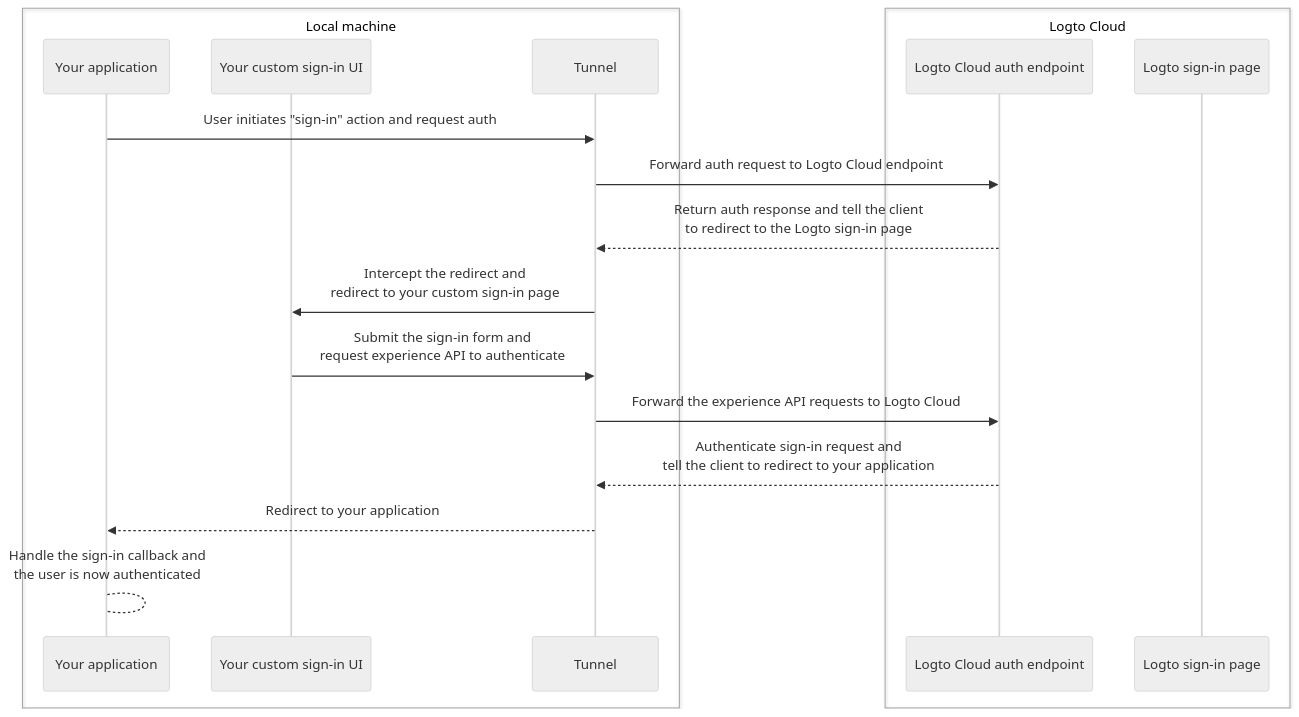
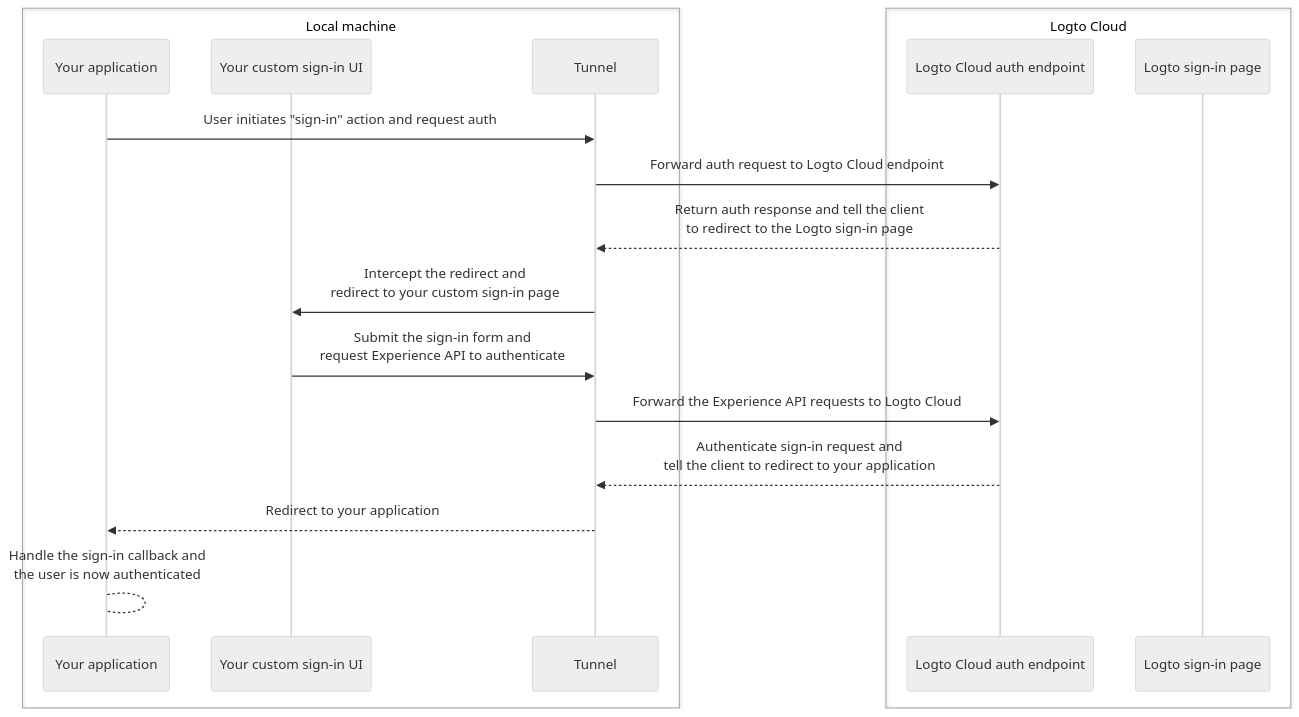
One commit to logto-io/docs changed the second of 2 diagrams in docs/customization/bring-your-ui/debug-and-test-your-custom-ui-locally.mdx. Above: the diagram before and after it, drawn with Mermaid (neutral theme). The commit also changed other lines of this file and 51 other files, not shown here.

````diff
--- a/docs/customization/bring-your-ui/debug-and-test-your-custom-ui-locally.mdx
+++ b/docs/customization/bring-your-ui/debug-and-test-your-custom-ui-locally.mdx
@@ -45,21 +45,21 @@
 ```mermaid
 sequenceDiagram
     box Local machine
     participant A as Your application
     participant B as Your custom sign-in UI
     participant C as Tunnel
     end
     box Logto Cloud
     participant D as Logto Cloud auth endpoint
     participant E as Logto sign-in page
     end
     A ->> C: User initiates "sign-in" action and request auth
     C ->> D: Forward auth request to Logto Cloud endpoint
     D -->> C: Return auth response and tell the client<br/>to redirect to the Logto sign-in page
     C ->> B: Intercept the redirect and<br/>redirect to your custom sign-in page
-    B ->> C: Submit the sign-in form and<br/>request experience API to authenticate
-    C ->> D: Forward the experience API requests to Logto Cloud
+    B ->> C: Submit the sign-in form and<br/>request Experience API to authenticate
+    C ->> D: Forward the Experience API requests to Logto Cloud
     D -->> C: Authenticate sign-in request and<br/>tell the client to redirect to your application
     C -->> A: Redirect to your application
     A --> A: Handle the sign-in callback and<br/>the user is now authenticated
 ```
````
